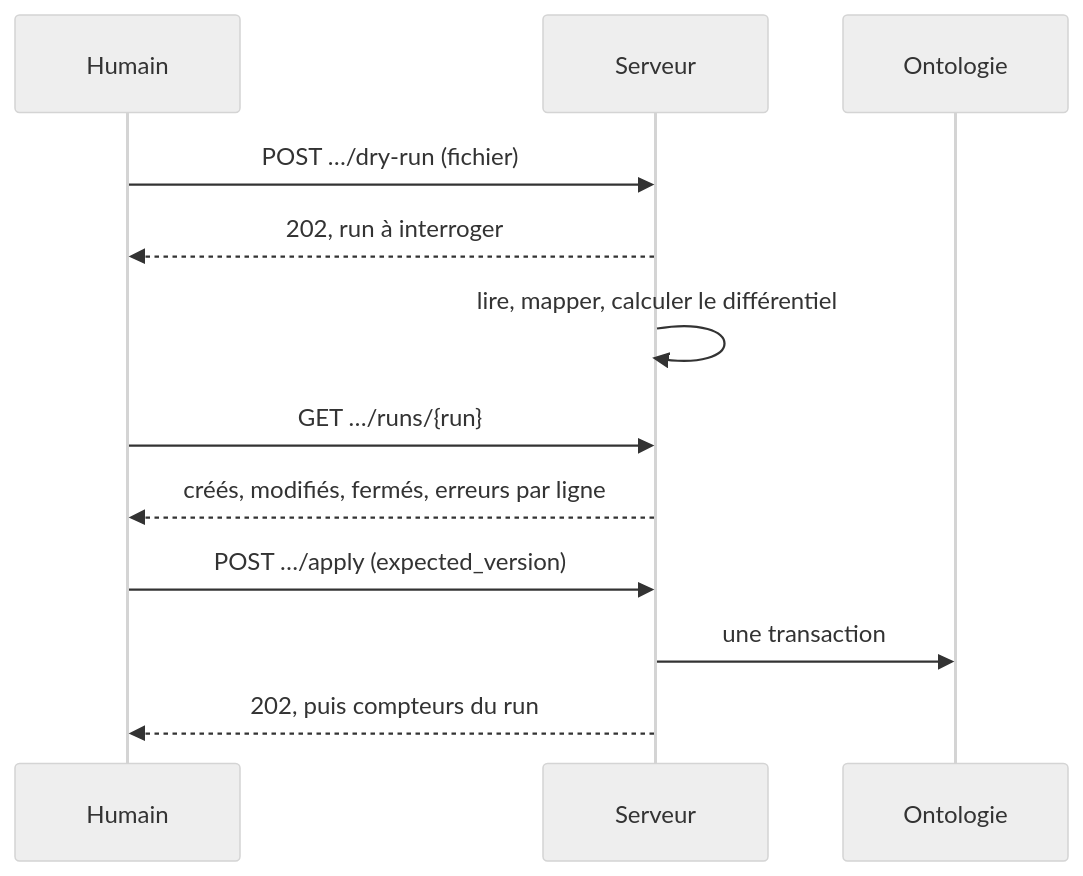
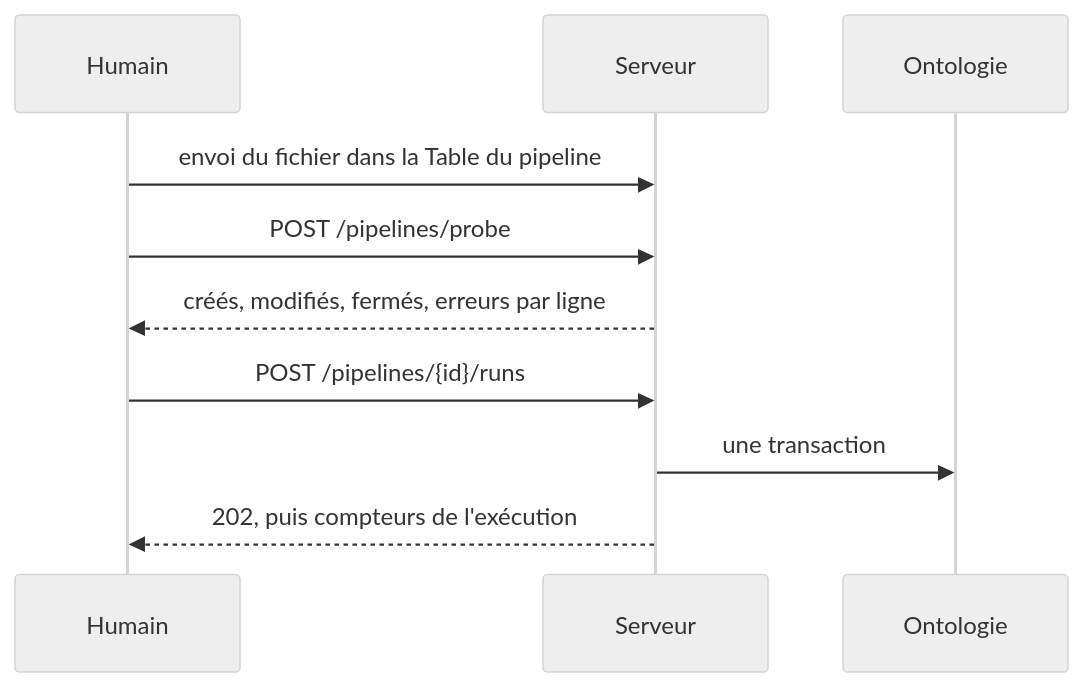
One commit to Pnex/pnex-rs changed the third of 13 diagrams in docs/architecture/partners.md. Above: the diagram before and after it, drawn with Mermaid (neutral theme). The commit also changed other lines of this file and 66 other files, not shown here.

````diff
--- a/docs/architecture/partners.md
+++ b/docs/architecture/partners.md
@@ -90,14 +90,12 @@
 ```mermaid
 sequenceDiagram
   participant U as Humain
   participant S as Serveur
   participant DB as Ontologie
-  U->>S: POST …/dry-run (fichier)
-  S-->>U: 202, run à interroger
-  S->>S: lire, mapper, calculer le différentiel
-  U->>S: GET …/runs/{run}
+  U->>S: envoi du fichier dans la Table du pipeline
+  U->>S: POST /pipelines/probe
   S-->>U: créés, modifiés, fermés, erreurs par ligne
-  U->>S: POST …/apply (expected_version)
+  U->>S: POST /pipelines/{id}/runs
   S->>DB: une transaction
-  S-->>U: 202, puis compteurs du run
+  S-->>U: 202, puis compteurs de l'exécution
 ```
````
